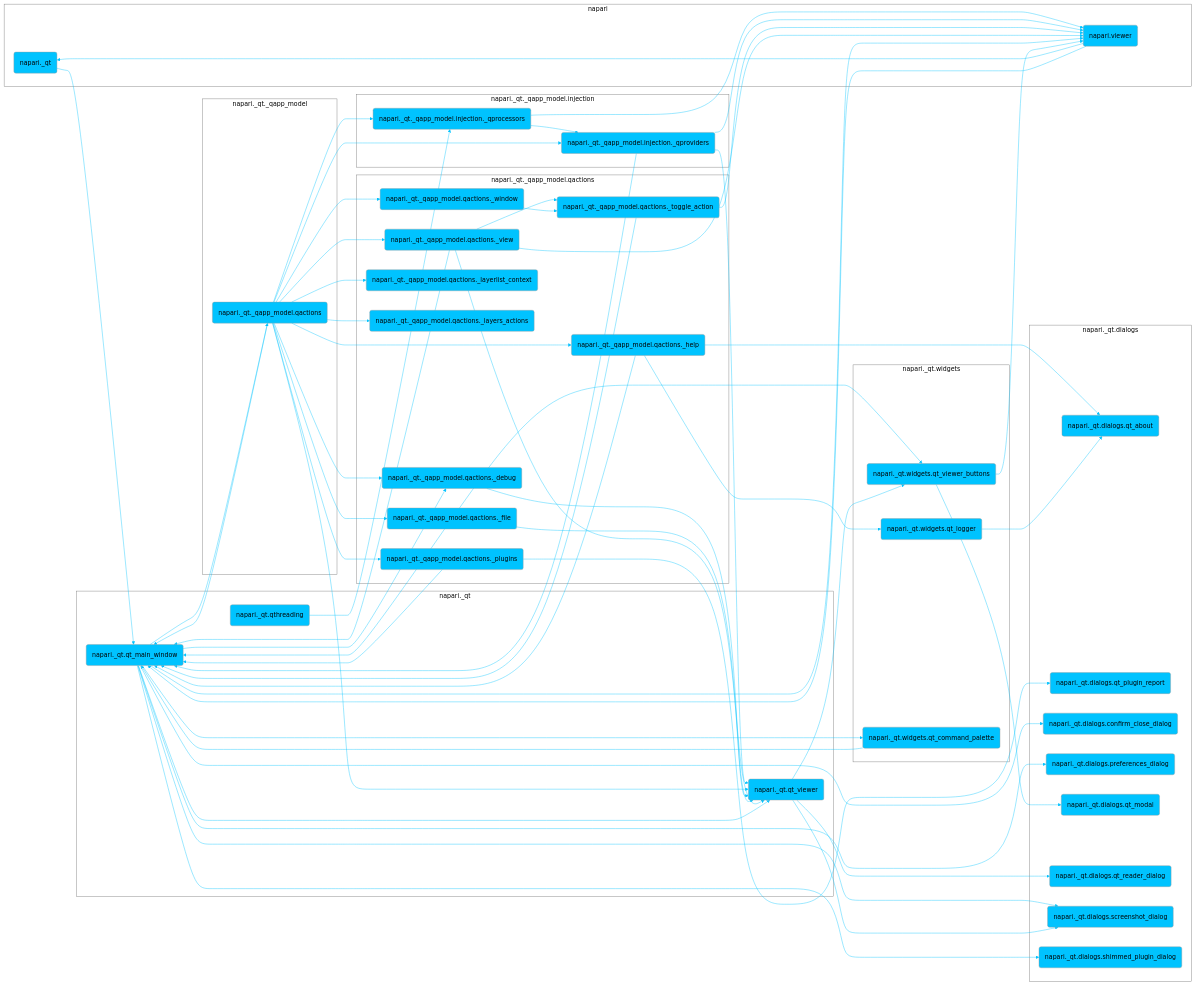
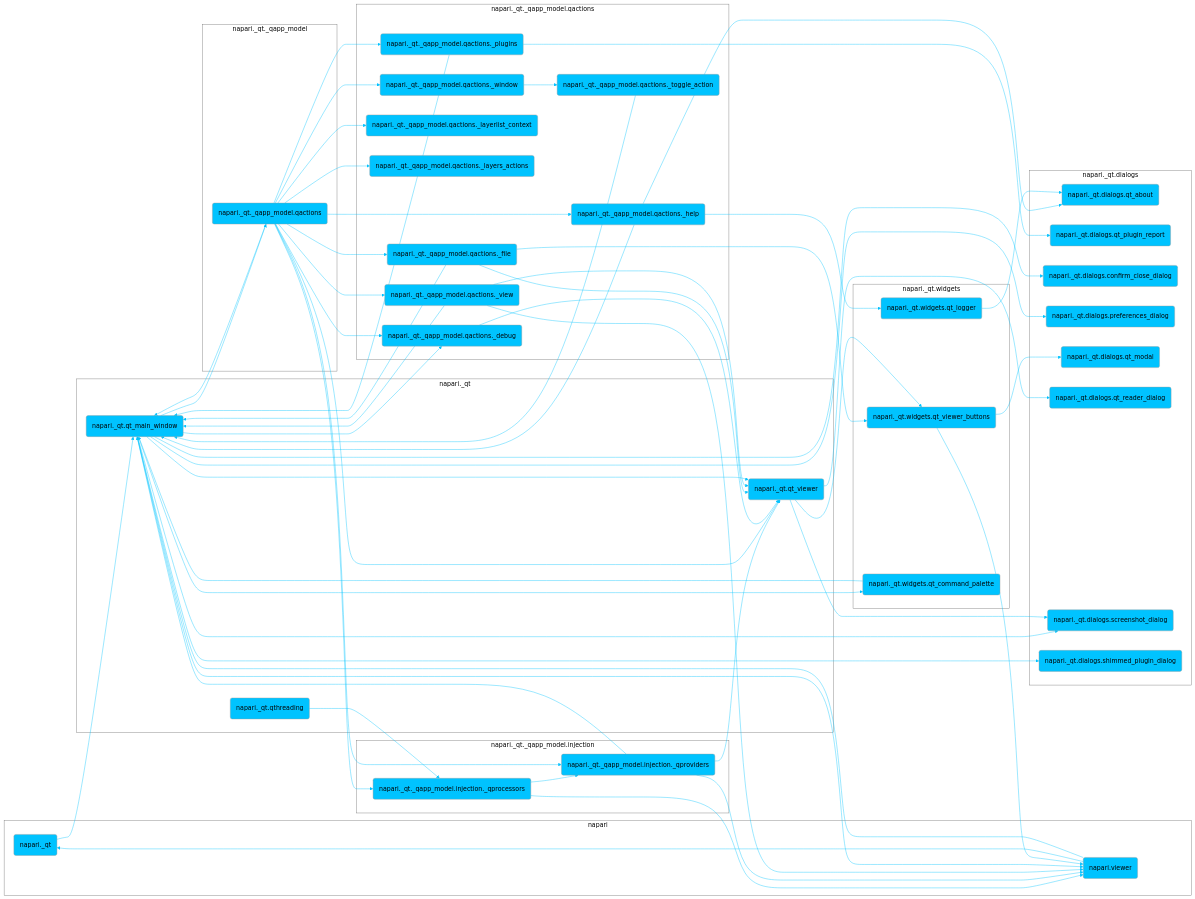
Before and after one commit to melissawm/napari.github.io: the diagram in dev/_sources/developers/architecture/ui_sections/application_menus_ui.md, drawn with Mermaid (neutral theme). The commit also changed 675 other files, not shown here.

```diff
--- a/dev/_sources/developers/architecture/ui_sections/application_menus_ui.md
+++ b/dev/_sources/developers/architecture/ui_sections/application_menus_ui.md
@@ -53,10 +53,8 @@
 	click napari._qt._qapp_model.qactions._plugins "https://github.com/napari/napari/tree/main/napari/_qt/_qapp_model/qactions/_plugins.py" _blank
 	napari._qt._qapp_model.qactions._toggle_action(napari._qt._qapp_model.qactions._toggle_action)
 	napari._qt._qapp_model.qactions._toggle_action --> napari._qt.qt_main_window
-	napari._qt._qapp_model.qactions._toggle_action --> napari.viewer
 	click napari._qt._qapp_model.qactions._toggle_action "https://github.com/napari/napari/tree/main/napari/_qt/_qapp_model/qactions/_toggle_action.py" _blank
 	napari._qt._qapp_model.qactions._view(napari._qt._qapp_model.qactions._view)
-	napari._qt._qapp_model.qactions._view --> napari._qt._qapp_model.qactions._toggle_action
 	napari._qt._qapp_model.qactions._view --> napari._qt.qt_main_window
 	napari._qt._qapp_model.qactions._view --> napari._qt.qt_viewer
 	napari._qt._qapp_model.qactions._view --> napari.viewer
```
